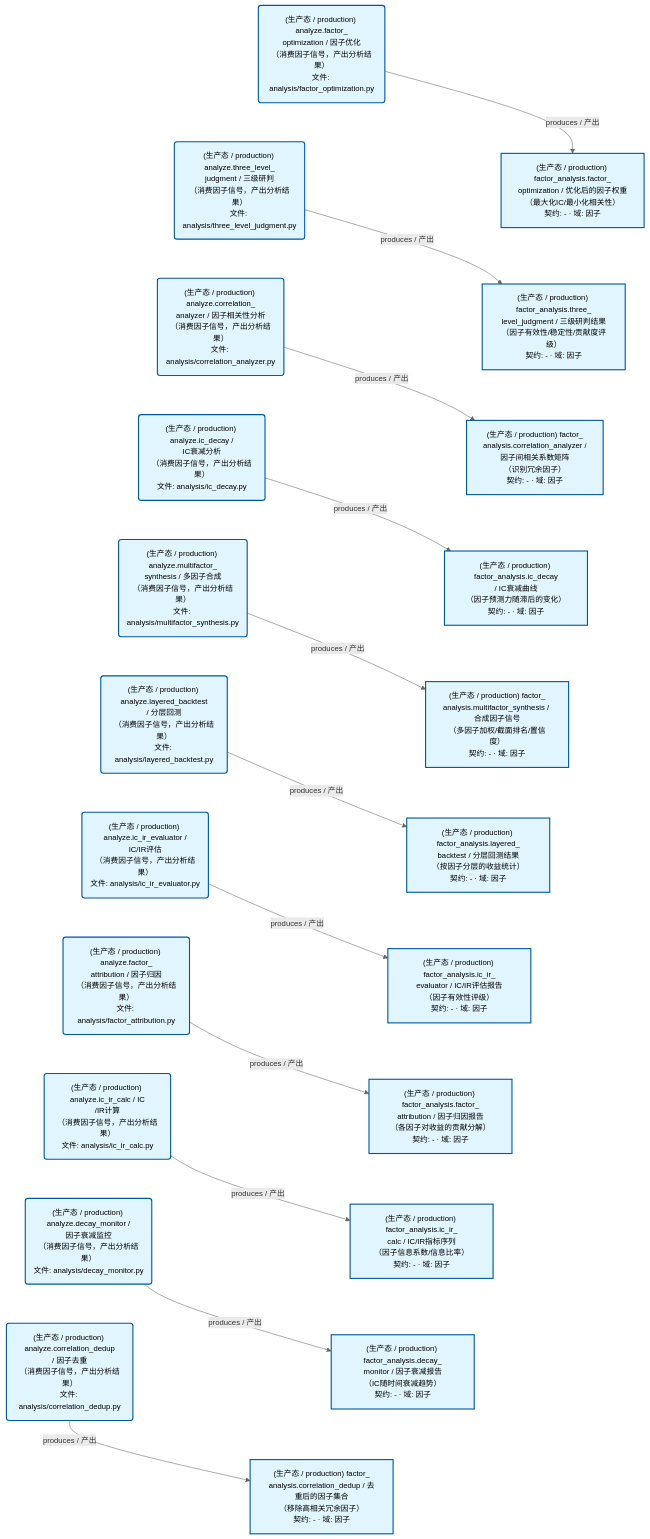
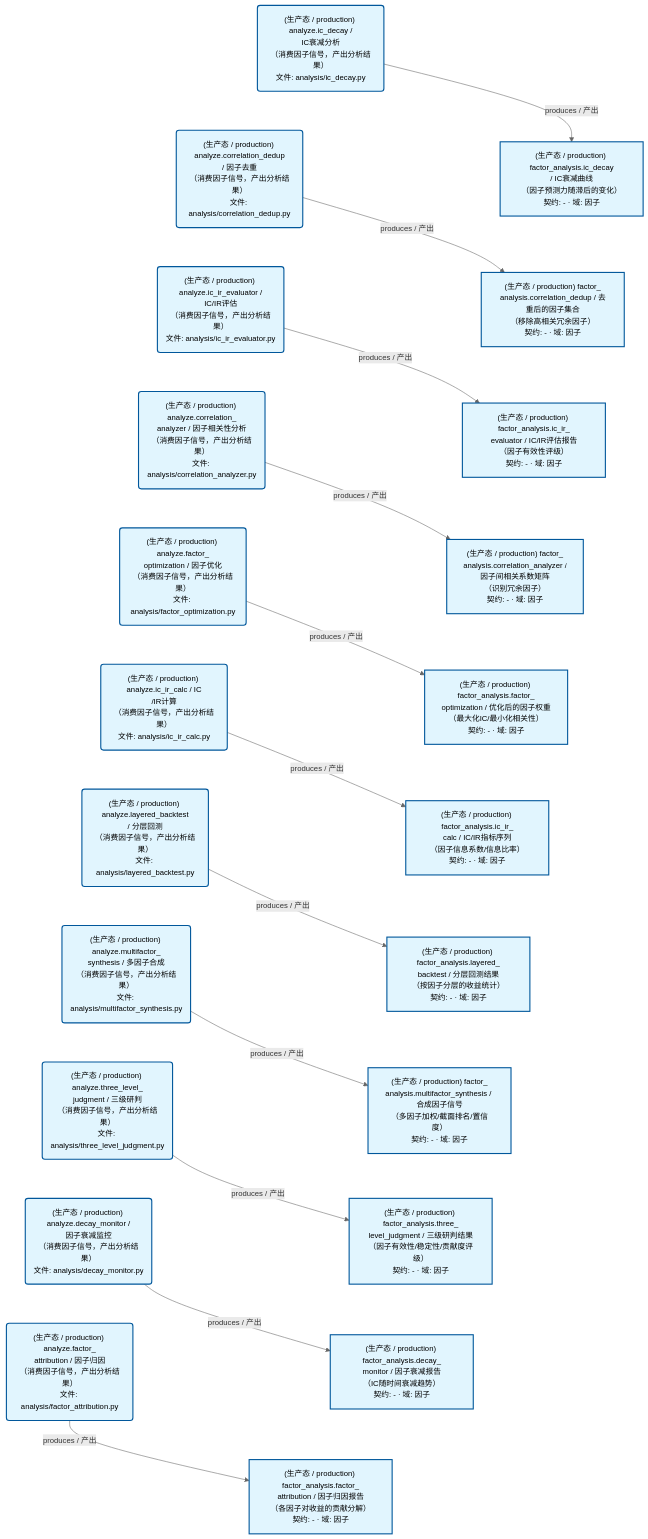
The second of 3 diagrams in docs/02_enterprise_architecture/05_dataflow_architecture/d_factor_analysis.md (xuanFelixVan/ZephyrAlpha), drawn with Mermaid before and after one commit. The commit also changed other lines of this file and 42 other files, not shown here.

````diff
--- a/docs/02_enterprise_architecture/05_dataflow_architecture/d_factor_analysis.md
+++ b/docs/02_enterprise_architecture/05_dataflow_architecture/d_factor_analysis.md
@@ -122,62 +122,62 @@
 ```mermaid
 %%{init: {'theme': 'base', 'themeVariables': {'primaryColor': '#eaeaea', 'primaryTextColor': '#333333', 'primaryBorderColor': '#666666', 'lineColor': '#666666', 'secondaryColor': '#eaeaea', 'tertiaryColor': '#eaeaea', 'clusterBkg': 'transparent', 'clusterBorder': 'transparent', 'fontSize': '14px'}}}%%
 flowchart TD
-    DS26883["(生产态 / production) factor_<br/>analysis.correlation_analyzer /<br/>因子间相关系数矩阵<br/>（识别冗余因子）<br/>契约: - · 域: 因子"]
-    DS26884["(生产态 / production) factor_<br/>analysis.correlation_dedup / 去重后的因子集合<br/>（移除高相关冗余因子）<br/>契约: - · 域: 因子"]
-    DS26885["(生产态 / production) factor_analysis.decay_<br/>monitor / 因子衰减报告<br/>（IC随时间衰减趋势）<br/>契约: - · 域: 因子"]
-    DS26886["(生产态 / production) factor_analysis.factor_<br/>attribution / 因子归因报告<br/>（各因子对收益的贡献分解）<br/>契约: - · 域: 因子"]
-    DS26887["(生产态 / production) factor_analysis.factor_<br/>optimization / 优化后的因子权重<br/>（最大化IC/最小化相关性）<br/>契约: - · 域: 因子"]
-    DS26888["(生产态 / production) factor_analysis.ic_decay<br/>/ IC衰减曲线<br/>（因子预测力随滞后的变化）<br/>契约: - · 域: 因子"]
-    DS26889["(生产态 / production) factor_analysis.ic_ir_<br/>calc / IC/IR指标序列<br/>（因子信息系数/信息比率）<br/>契约: - · 域: 因子"]
-    DS26890["(生产态 / production) factor_analysis.ic_ir_<br/>evaluator / IC/IR评估报告<br/>（因子有效性评级）<br/>契约: - · 域: 因子"]
-    DS26891["(生产态 / production) factor_analysis.layered_<br/>backtest / 分层回测结果<br/>（按因子分层的收益统计）<br/>契约: - · 域: 因子"]
-    DS26892["(生产态 / production) factor_<br/>analysis.multifactor_synthesis / 合成因子信号<br/>（多因子加权/截面排名/置信度）<br/>契约: - · 域: 因子"]
-    DS26893["(生产态 / production) factor_analysis.three_<br/>level_judgment / 三级研判结果<br/>（因子有效性/稳定性/贡献度评级）<br/>契约: - · 域: 因子"]
-    JOB1071748("(生产态 / production) analyze.correlation_<br/>analyzer / 因子相关性分析<br/>（消费因子信号，产出分析结果）<br/>文件: analysis/correlation_analyzer.py")
-    JOB1071749("(生产态 / production) analyze.correlation_dedup<br/>/ 因子去重<br/>（消费因子信号，产出分析结果）<br/>文件: analysis/correlation_dedup.py")
-    JOB1071750("(生产态 / production) analyze.decay_monitor /<br/>因子衰减监控<br/>（消费因子信号，产出分析结果）<br/>文件: analysis/decay_monitor.py")
-    JOB1071751("(生产态 / production) analyze.factor_<br/>attribution / 因子归因<br/>（消费因子信号，产出分析结果）<br/>文件: analysis/factor_attribution.py")
-    JOB1071752("(生产态 / production) analyze.factor_<br/>optimization / 因子优化<br/>（消费因子信号，产出分析结果）<br/>文件: analysis/factor_optimization.py")
-    JOB1071753("(生产态 / production) analyze.ic_decay /<br/>IC衰减分析<br/>（消费因子信号，产出分析结果）<br/>文件: analysis/ic_decay.py")
-    JOB1071754("(生产态 / production) analyze.ic_ir_calc / IC<br/>/IR计算<br/>（消费因子信号，产出分析结果）<br/>文件: analysis/ic_ir_calc.py")
-    JOB1071755("(生产态 / production) analyze.ic_ir_evaluator /<br/>IC/IR评估<br/>（消费因子信号，产出分析结果）<br/>文件: analysis/ic_ir_evaluator.py")
-    JOB1071756("(生产态 / production) analyze.layered_backtest<br/>/ 分层回测<br/>（消费因子信号，产出分析结果）<br/>文件: analysis/layered_backtest.py")
-    JOB1071757("(生产态 / production) analyze.multifactor_<br/>synthesis / 多因子合成<br/>（消费因子信号，产出分析结果）<br/>文件: analysis/multifactor_synthesis.py")
-    JOB1071758("(生产态 / production) analyze.three_level_<br/>judgment / 三级研判<br/>（消费因子信号，产出分析结果）<br/>文件: analysis/three_level_judgment.py")
-    JOB1071748 -->|produces / 产出| DS26883
-    JOB1071749 -->|produces / 产出| DS26884
-    JOB1071750 -->|produces / 产出| DS26885
-    JOB1071751 -->|produces / 产出| DS26886
-    JOB1071752 -->|produces / 产出| DS26887
-    JOB1071753 -->|produces / 产出| DS26888
-    JOB1071754 -->|produces / 产出| DS26889
-    JOB1071755 -->|produces / 产出| DS26890
-    JOB1071756 -->|produces / 产出| DS26891
-    JOB1071757 -->|produces / 产出| DS26892
-    JOB1071758 -->|produces / 产出| DS26893
-    JOB1071752 ~~~ JOB1071758
-    JOB1071758 ~~~ JOB1071748
-    JOB1071748 ~~~ JOB1071753
-    JOB1071753 ~~~ JOB1071757
-    JOB1071757 ~~~ JOB1071756
-    JOB1071756 ~~~ JOB1071755
-    JOB1071755 ~~~ JOB1071751
-    JOB1071751 ~~~ JOB1071754
-    JOB1071754 ~~~ JOB1071750
-    JOB1071750 ~~~ JOB1071749
-    DS26887 ~~~ DS26893
-    DS26893 ~~~ DS26883
-    DS26883 ~~~ DS26888
-    DS26888 ~~~ DS26892
-    DS26892 ~~~ DS26891
-    DS26891 ~~~ DS26890
-    DS26890 ~~~ DS26886
-    DS26886 ~~~ DS26889
-    DS26889 ~~~ DS26885
-    DS26885 ~~~ DS26884
+    DS31215["(生产态 / production) factor_<br/>analysis.correlation_analyzer /<br/>因子间相关系数矩阵<br/>（识别冗余因子）<br/>契约: - · 域: 因子"]
+    DS31216["(生产态 / production) factor_<br/>analysis.correlation_dedup / 去重后的因子集合<br/>（移除高相关冗余因子）<br/>契约: - · 域: 因子"]
+    DS31217["(生产态 / production) factor_analysis.decay_<br/>monitor / 因子衰减报告<br/>（IC随时间衰减趋势）<br/>契约: - · 域: 因子"]
+    DS31218["(生产态 / production) factor_analysis.factor_<br/>attribution / 因子归因报告<br/>（各因子对收益的贡献分解）<br/>契约: - · 域: 因子"]
+    DS31219["(生产态 / production) factor_analysis.factor_<br/>optimization / 优化后的因子权重<br/>（最大化IC/最小化相关性）<br/>契约: - · 域: 因子"]
+    DS31220["(生产态 / production) factor_analysis.ic_decay<br/>/ IC衰减曲线<br/>（因子预测力随滞后的变化）<br/>契约: - · 域: 因子"]
+    DS31221["(生产态 / production) factor_analysis.ic_ir_<br/>calc / IC/IR指标序列<br/>（因子信息系数/信息比率）<br/>契约: - · 域: 因子"]
+    DS31222["(生产态 / production) factor_analysis.ic_ir_<br/>evaluator / IC/IR评估报告<br/>（因子有效性评级）<br/>契约: - · 域: 因子"]
+    DS31223["(生产态 / production) factor_analysis.layered_<br/>backtest / 分层回测结果<br/>（按因子分层的收益统计）<br/>契约: - · 域: 因子"]
+    DS31224["(生产态 / production) factor_<br/>analysis.multifactor_synthesis / 合成因子信号<br/>（多因子加权/截面排名/置信度）<br/>契约: - · 域: 因子"]
+    DS31225["(生产态 / production) factor_analysis.three_<br/>level_judgment / 三级研判结果<br/>（因子有效性/稳定性/贡献度评级）<br/>契约: - · 域: 因子"]
+    JOB1154388("(生产态 / production) analyze.correlation_<br/>analyzer / 因子相关性分析<br/>（消费因子信号，产出分析结果）<br/>文件: analysis/correlation_analyzer.py")
+    JOB1154389("(生产态 / production) analyze.correlation_dedup<br/>/ 因子去重<br/>（消费因子信号，产出分析结果）<br/>文件: analysis/correlation_dedup.py")
+    JOB1154390("(生产态 / production) analyze.decay_monitor /<br/>因子衰减监控<br/>（消费因子信号，产出分析结果）<br/>文件: analysis/decay_monitor.py")
+    JOB1154391("(生产态 / production) analyze.factor_<br/>attribution / 因子归因<br/>（消费因子信号，产出分析结果）<br/>文件: analysis/factor_attribution.py")
+    JOB1154392("(生产态 / production) analyze.factor_<br/>optimization / 因子优化<br/>（消费因子信号，产出分析结果）<br/>文件: analysis/factor_optimization.py")
+    JOB1154393("(生产态 / production) analyze.ic_decay /<br/>IC衰减分析<br/>（消费因子信号，产出分析结果）<br/>文件: analysis/ic_decay.py")
+    JOB1154394("(生产态 / production) analyze.ic_ir_calc / IC<br/>/IR计算<br/>（消费因子信号，产出分析结果）<br/>文件: analysis/ic_ir_calc.py")
+    JOB1154395("(生产态 / production) analyze.ic_ir_evaluator /<br/>IC/IR评估<br/>（消费因子信号，产出分析结果）<br/>文件: analysis/ic_ir_evaluator.py")
+    JOB1154396("(生产态 / production) analyze.layered_backtest<br/>/ 分层回测<br/>（消费因子信号，产出分析结果）<br/>文件: analysis/layered_backtest.py")
+    JOB1154397("(生产态 / production) analyze.multifactor_<br/>synthesis / 多因子合成<br/>（消费因子信号，产出分析结果）<br/>文件: analysis/multifactor_synthesis.py")
+    JOB1154398("(生产态 / production) analyze.three_level_<br/>judgment / 三级研判<br/>（消费因子信号，产出分析结果）<br/>文件: analysis/three_level_judgment.py")
+    JOB1154388 -->|produces / 产出| DS31215
+    JOB1154389 -->|produces / 产出| DS31216
+    JOB1154390 -->|produces / 产出| DS31217
+    JOB1154391 -->|produces / 产出| DS31218
+    JOB1154392 -->|produces / 产出| DS31219
+    JOB1154393 -->|produces / 产出| DS31220
+    JOB1154394 -->|produces / 产出| DS31221
+    JOB1154395 -->|produces / 产出| DS31222
+    JOB1154396 -->|produces / 产出| DS31223
+    JOB1154397 -->|produces / 产出| DS31224
+    JOB1154398 -->|produces / 产出| DS31225
+    JOB1154393 ~~~ JOB1154389
+    JOB1154389 ~~~ JOB1154395
+    JOB1154395 ~~~ JOB1154388
+    JOB1154388 ~~~ JOB1154392
+    JOB1154392 ~~~ JOB1154394
+    JOB1154394 ~~~ JOB1154396
+    JOB1154396 ~~~ JOB1154397
+    JOB1154397 ~~~ JOB1154398
+    JOB1154398 ~~~ JOB1154390
+    JOB1154390 ~~~ JOB1154391
+    DS31220 ~~~ DS31216
+    DS31216 ~~~ DS31222
+    DS31222 ~~~ DS31215
+    DS31215 ~~~ DS31219
+    DS31219 ~~~ DS31221
+    DS31221 ~~~ DS31223
+    DS31223 ~~~ DS31224
+    DS31224 ~~~ DS31225
+    DS31225 ~~~ DS31217
+    DS31217 ~~~ DS31218
     classDef production fill:#e1f5fe,stroke:#01579b,stroke-width:2px,color:#000
     classDef design fill:#fff3e0,stroke:#e65100,stroke-width:2px,color:#000,stroke-dasharray: 5 5
     classDef external_prod fill:#e8f4fd,stroke:#0277bd,stroke-width:1px,color:#000
     classDef external_design fill:#fff8e7,stroke:#ef6c00,stroke-width:1px,color:#000,stroke-dasharray: 5 5
-    class DS26883,DS26884,DS26885,DS26886,DS26887,DS26888,DS26889,DS26890,DS26891,DS26892,DS26893,JOB1071748,JOB1071749,JOB1071750,JOB1071751,JOB1071752,JOB1071753,JOB1071754,JOB1071755,JOB1071756,JOB1071757,JOB1071758 production
+    class DS31215,DS31216,DS31217,DS31218,DS31219,DS31220,DS31221,DS31222,DS31223,DS31224,DS31225,JOB1154388,JOB1154389,JOB1154390,JOB1154391,JOB1154392,JOB1154393,JOB1154394,JOB1154395,JOB1154396,JOB1154397,JOB1154398 production
 ```
````
